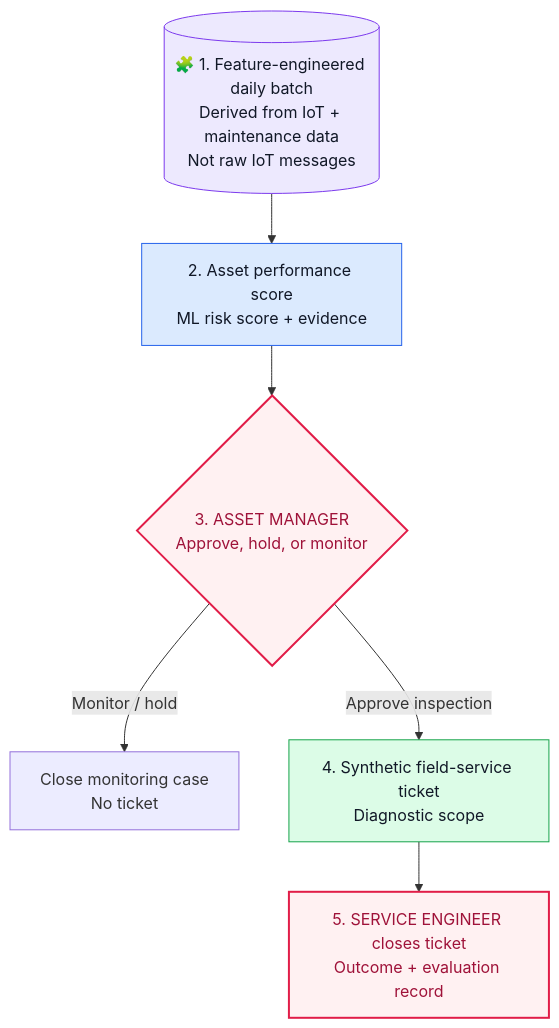
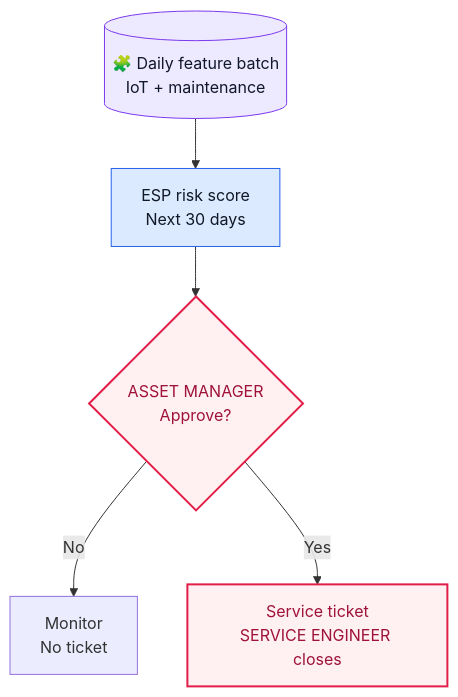
Before and after one commit to fmlin0429712024/industrial-operations-ai-poc: the diagram in README.md, drawn with Mermaid. The commit also changed other lines of this file, not shown here.

Commit message:
Simplify ESP use case narrative and diagram

````diff
--- a/README.md
+++ b/README.md
@@ -15,17 +19,16 @@
 ```mermaid
 flowchart TD
-    A[("🧩 1. Feature-engineered daily batch<br/>Derived from IoT + maintenance data<br/>Not raw IoT messages")] --> B["2. Asset performance score<br/>ML risk score + evidence"]
-    B --> C{"3. ASSET MANAGER<br/>Approve, hold, or monitor"}
-    C -->|"Monitor / hold"| D["Close monitoring case<br/>No ticket"]
-    C -->|"Approve inspection"| E["4. Synthetic field-service ticket<br/>Diagnostic scope"]
-    E --> F["5. SERVICE ENGINEER closes ticket<br/>Outcome + evaluation record"]
+    A[("🧩 Daily feature batch<br/>IoT + maintenance")] --> B["ESP risk score<br/>Next 30 days"]
+    B --> C{"ASSET MANAGER<br/>Approve?"}
+    C -->|"No"| D["Monitor<br/>No ticket"]
+    C -->|"Yes"| E["Service ticket<br/>SERVICE ENGINEER closes"]
 
     classDef data fill:#ede9fe,stroke:#7c3aed,color:#111827;
     classDef model fill:#dbeafe,stroke:#2563eb,color:#111827;
     classDef ticket fill:#dcfce7,stroke:#16a34a,color:#111827;
     classDef persona fill:#fff1f2,stroke:#e11d48,color:#9f1239,stroke-width:2px;
     class A data;
     class B model;
     class E ticket;
-    class C,F persona;
+    class C,E persona;
 ```
````
